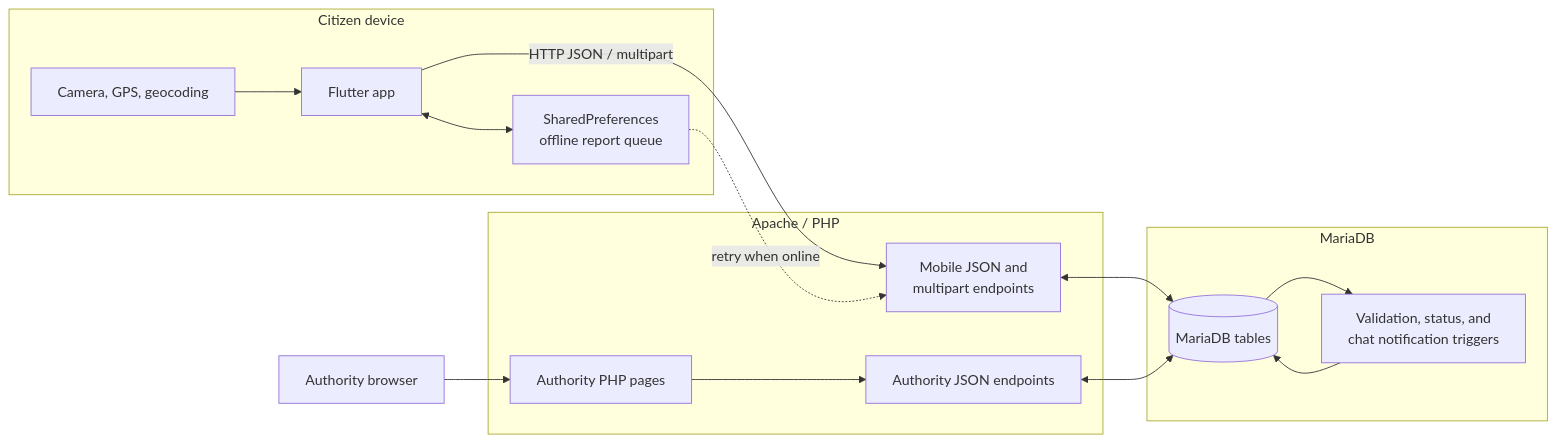
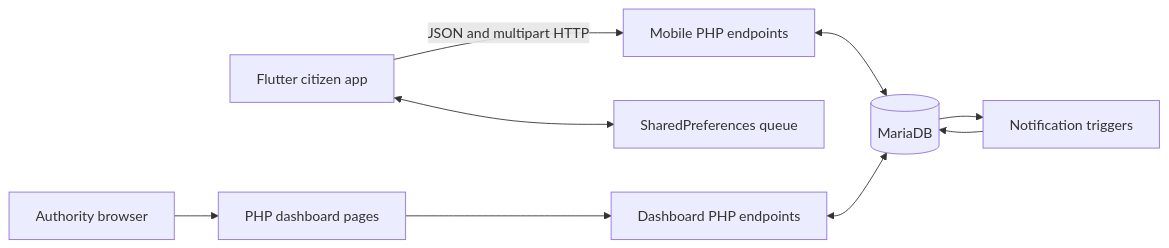
Before and after one commit to DillonFernandez/PatchUp: the diagram in README.md, drawn with Mermaid. The commit also changed other lines of this file, not shown here.

````diff
--- a/README.md
+++ b/README.md
@@ -60,30 +49,11 @@
 ```mermaid
 flowchart LR
-    subgraph Citizen[Citizen device]
-        Mobile[Flutter app]
-        Device[Camera, GPS, geocoding]
-        Queue["SharedPreferences<br/>offline report queue"]
-        Device --> Mobile
-        Mobile <--> Queue
-    end
-
-    subgraph Server[Apache / PHP]
-        MobileAPI["Mobile JSON and<br/>multipart endpoints"]
-        AdminUI[Authority PHP pages]
-        AdminAPI[Authority JSON endpoints]
-    end
-
-    subgraph Data[MariaDB]
-        Tables[(MariaDB tables)]
-        Triggers["Validation, status, and<br/>chat notification triggers"]
-        Tables --> Triggers
-        Triggers --> Tables
-    end
-
-    Browser[Authority browser] --> AdminUI
-    AdminUI --> AdminAPI
-    Mobile -->|HTTP JSON / multipart| MobileAPI
-    Queue -. retry when online .-> MobileAPI
-    MobileAPI <--> Tables
-    AdminAPI <--> Tables
+    M[Flutter citizen app] -->|JSON and multipart HTTP| MA[Mobile PHP endpoints]
+    B[Authority browser] --> W[PHP dashboard pages]
+    W --> WA[Dashboard PHP endpoints]
+    MA <--> DB[(MariaDB)]
+    WA <--> DB
+    DB --> T[Notification triggers]
+    T --> DB
+    M <--> Q[SharedPreferences queue]
 ```
````
